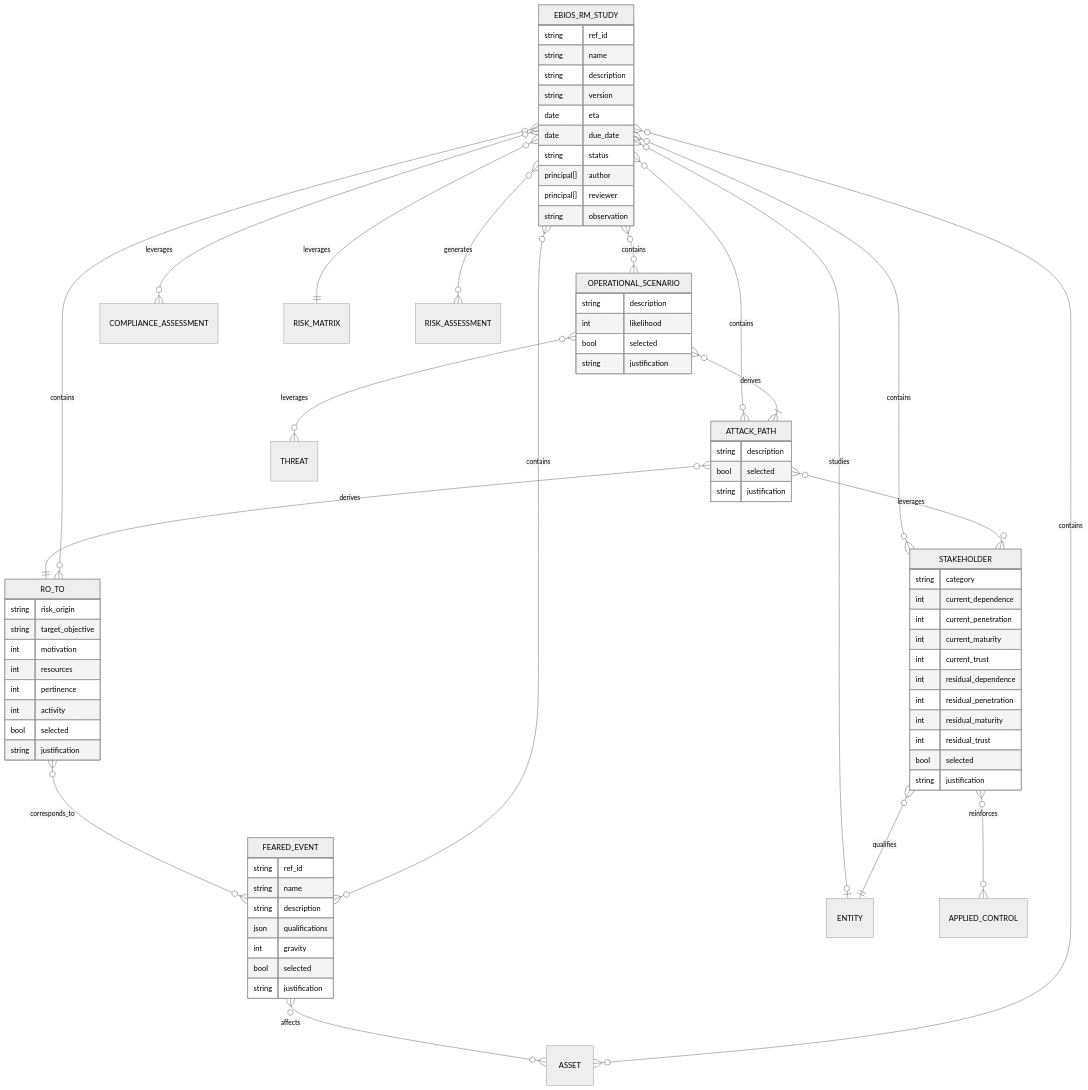
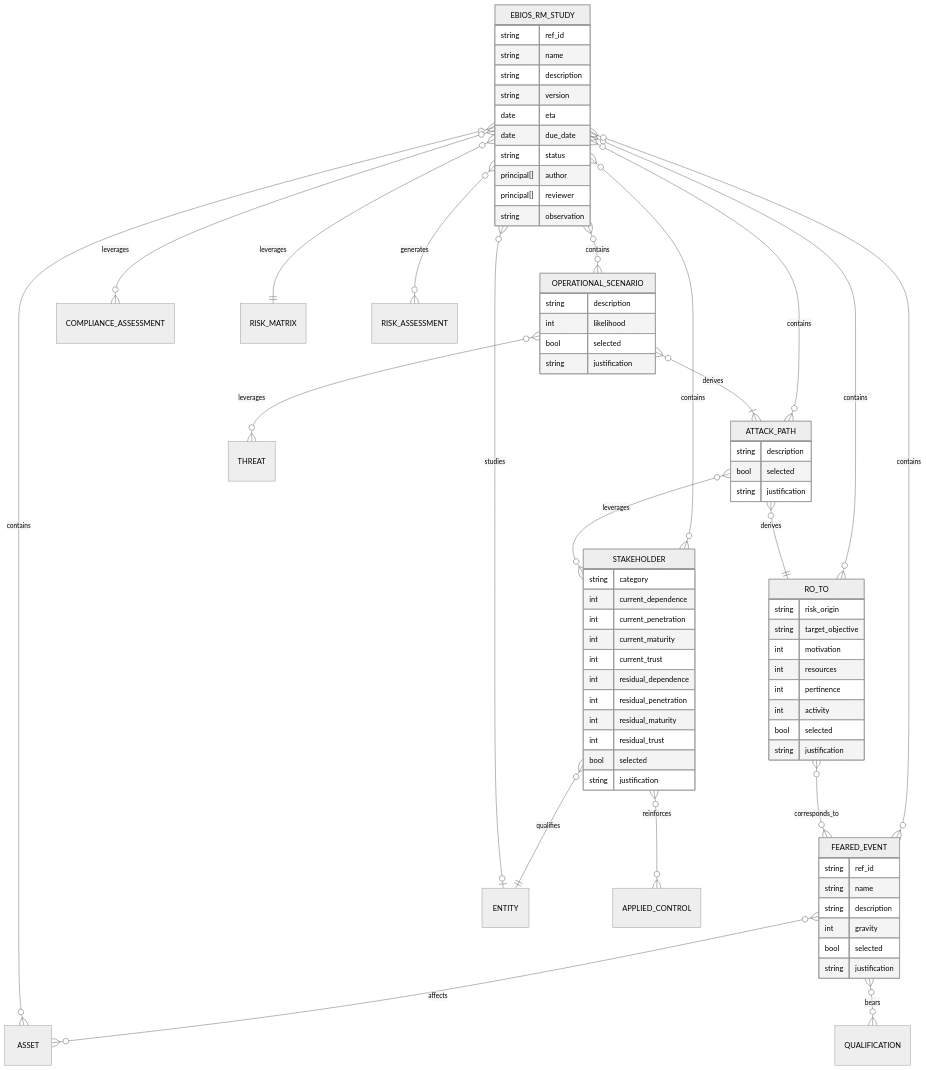
One commit to intuitem/ciso-assistant-community changed the tenth of 10 diagrams in documentation/architecture/data-model.md. Above: the diagram before and after it, drawn with Mermaid (neutral theme). The commit also changed other lines of this file, not shown here.

````diff
--- a/documentation/architecture/data-model.md
+++ b/documentation/architecture/data-model.md
@@ -1257,9 +1278,8 @@
 ```mermaid
 erDiagram
 
-    ATTACK_PATH           }o--|| RO_TO                : derives
-    RO_TO                 }o--o{ FEARED_EVENT         : corresponds_to
     FEARED_EVENT          }o--o{ ASSET                : affects
+    STAKEHOLDER           }o--|| ENTITY               : qualifies
     EBIOS_RM_STUDY        }o--o{ RO_TO                : contains
     EBIOS_RM_STUDY        }o--o{ STAKEHOLDER          : contains
     EBIOS_RM_STUDY        }o--o{ OPERATIONAL_SCENARIO : contains
@@ -1270,11 +1290,13 @@
     EBIOS_RM_STUDY        }o--o{ COMPLIANCE_ASSESSMENT: leverages
     EBIOS_RM_STUDY        }o--|| RISK_MATRIX          : leverages
     EBIOS_RM_STUDY        }o--o{ RISK_ASSESSMENT      : generates
+    ATTACK_PATH           }o--|| RO_TO                : derives
+    RO_TO                 }o--o{ FEARED_EVENT         : corresponds_to
     OPERATIONAL_SCENARIO  }o--|{ ATTACK_PATH          : derives
     OPERATIONAL_SCENARIO  }o--o{ THREAT               : leverages
     ATTACK_PATH           }o--o{ STAKEHOLDER          : leverages
     STAKEHOLDER           }o--o{ APPLIED_CONTROL      : reinforces
-    STAKEHOLDER           }o--|| ENTITY               : qualifies
+    FEARED_EVENT          }o--o{ QUALIFICATION        : bears
 
     EBIOS_RM_STUDY {
         string      ref_id
@@ -1294,7 +1316,6 @@
         string ref_id
         string name
         string description
-        json   qualifications
         int    gravity
         bool   selected
         string justification
````
